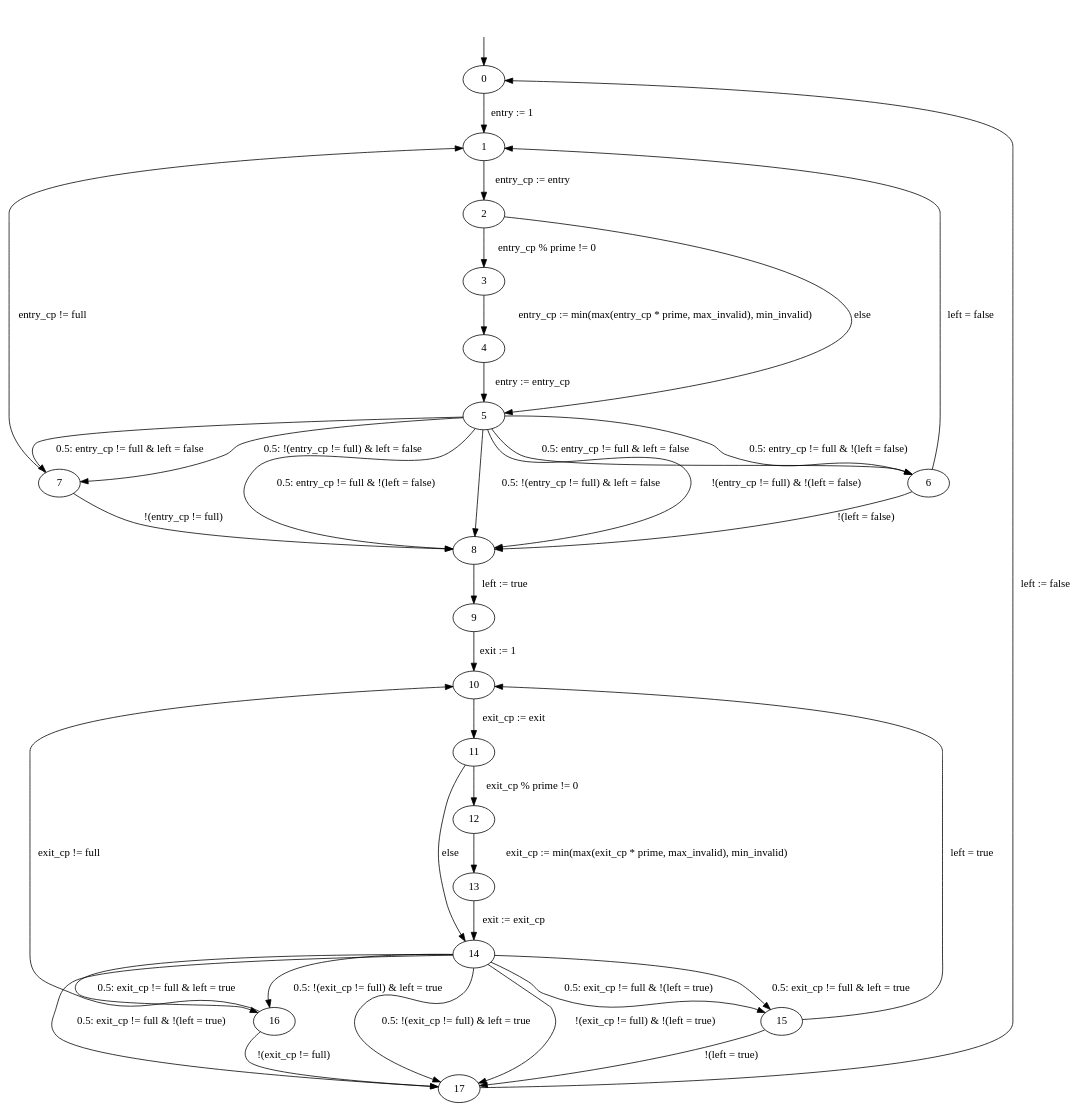
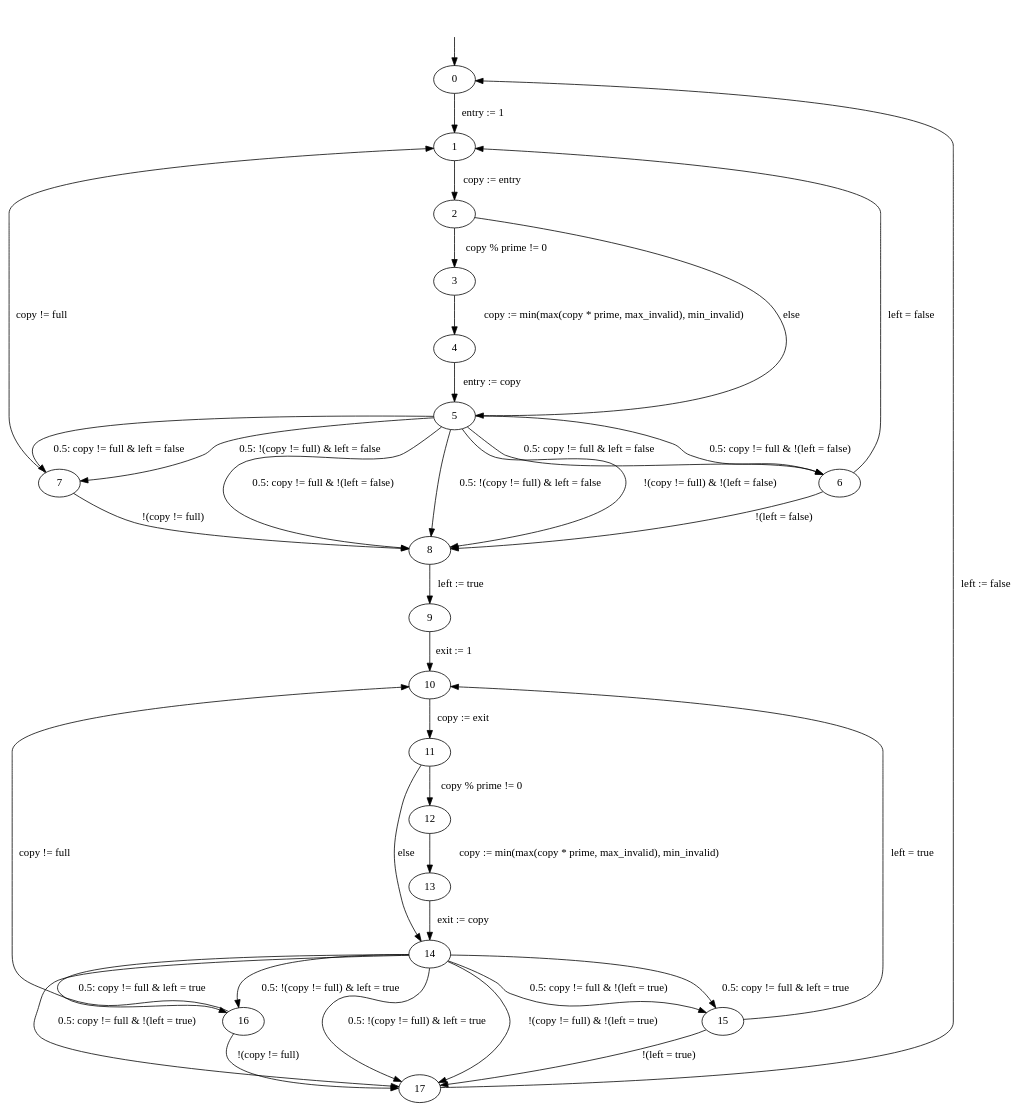
The diagram in barrier-attempt/model-01/model.dot (hydroo/minor-thesis-barriers), drawn with Graphviz before and after one commit. The commit also changed 4 other files, not shown here.

```diff
--- a/barrier-attempt/model-01/model.dot
+++ b/barrier-attempt/model-01/model.dot
@@ -1,48 +1,48 @@
 digraph {
 
 	initial_state_source [style=invis]
 	initial_state_source -> "0"
 
 	"0"  -> "1"  [weight=100, label="entry := 1"]
-	"1"  -> "2"  [weight=100, label="entry_cp := entry"]
+	"1"  -> "2"  [weight=100, label="copy := entry"]
 
-	"2"  -> "3"  [weight=100, label="entry_cp % prime != 0"]
-	"3"  -> "4"  [weight=100, label="entry_cp := min(max(entry_cp * prime, max_invalid), min_invalid)"]
-	"4"  -> "5"  [weight=100, label="entry := entry_cp"]
+	"2"  -> "3"  [weight=100, label="copy % prime != 0"]
+	"3"  -> "4"  [weight=100, label="copy := min(max(copy * prime, max_invalid), min_invalid)"]
+	"4"  -> "5"  [weight=100, label="entry := copy"]
 	"2"  -> "5"  [label="else"]
 
-	"5"  -> "6"  [label="0.5: entry_cp != full & left = false"]
-	"5"  -> "6"  [label="0.5: entry_cp != full & !(left = false)"]
-	"5"  -> "8"  [label="0.5: entry_cp != full & !(left = false)"]
-	"5"  -> "7"  [label="0.5: entry_cp != full & left = false"]
-	"5"  -> "7"  [label="0.5: !(entry_cp != full) & left = false"]
-	"5"  -> "8"  [label="0.5: !(entry_cp != full) & left = false"]
+	"5"  -> "6"  [label="0.5: copy != full & left = false"]
+	"5"  -> "6"  [label="0.5: copy != full & !(left = false)"]
+	"5"  -> "8"  [label="0.5: copy != full & !(left = false)"]
+	"5"  -> "7"  [label="0.5: copy != full & left = false"]
+	"5"  -> "7"  [label="0.5: !(copy != full) & left = false"]
+	"5"  -> "8"  [label="0.5: !(copy != full) & left = false"]
 	"6"  -> "1"  [label="left = false"]
 	"6"  -> "8"  [label="!(left = false)"]
-	"7"  -> "1"  [label="entry_cp != full"]
-	"7"  -> "8"  [label="!(entry_cp != full)"]
-	"5"  -> "8"  [label="!(entry_cp != full) & !(left = false)"]
+	"7"  -> "1"  [label="copy != full"]
+	"7"  -> "8"  [label="!(copy != full)"]
+	"5"  -> "8"  [label="!(copy != full) & !(left = false)"]
 
 	"8"  -> "9"  [weight=100, label="left := true"]
 	"9"  -> "10" [weight=100, label="exit := 1"]
 
-	"10" -> "11" [weight=100, label="exit_cp := exit"]
-	"11" -> "12" [weight=100, label="exit_cp % prime != 0"]
-	"12" -> "13" [weight=100, label="exit_cp := min(max(exit_cp * prime, max_invalid), min_invalid)"]
-	"13" -> "14" [weight=100, label="exit := exit_cp"]
+	"10" -> "11" [weight=100, label="copy := exit"]
+	"11" -> "12" [weight=100, label="copy % prime != 0"]
+	"12" -> "13" [weight=100, label="copy := min(max(copy * prime, max_invalid), min_invalid)"]
+	"13" -> "14" [weight=100, label="exit := copy"]
 	"11" -> "14" [label="else"]
 
-	"14" -> "15" [label="0.5: exit_cp != full & left = true"]
-	"14" -> "15" [label="0.5: exit_cp != full & !(left = true)"]
-	"14" -> "17" [label="0.5: exit_cp != full & !(left = true)"]
-	"14" -> "16" [label="0.5: exit_cp != full & left = true"]
-	"14" -> "16" [label="0.5: !(exit_cp != full) & left = true"]
-	"14" -> "17" [label="0.5: !(exit_cp != full) & left = true"]
+	"14" -> "15" [label="0.5: copy != full & left = true"]
+	"14" -> "15" [label="0.5: copy != full & !(left = true)"]
+	"14" -> "17" [label="0.5: copy != full & !(left = true)"]
+	"14" -> "16" [label="0.5: copy != full & left = true"]
+	"14" -> "16" [label="0.5: !(copy != full) & left = true"]
+	"14" -> "17" [label="0.5: !(copy != full) & left = true"]
 	"15" -> "10" [label="left = true"]
 	"15" -> "17" [label="!(left = true)"]
-	"16" -> "10" [label="exit_cp != full"]
-	"16" -> "17" [label="!(exit_cp != full)"]
-	"14" -> "17" [label="!(exit_cp != full) & !(left = true)"]
+	"16" -> "10" [label="copy != full"]
+	"16" -> "17" [label="!(copy != full)"]
+	"14" -> "17" [label="!(copy != full) & !(left = true)"]
 
 	"17" -> "0"  [label="left := false"]
 }
```
